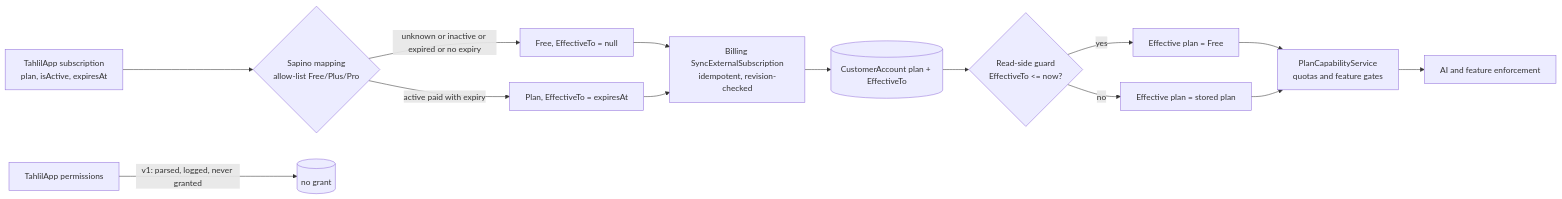
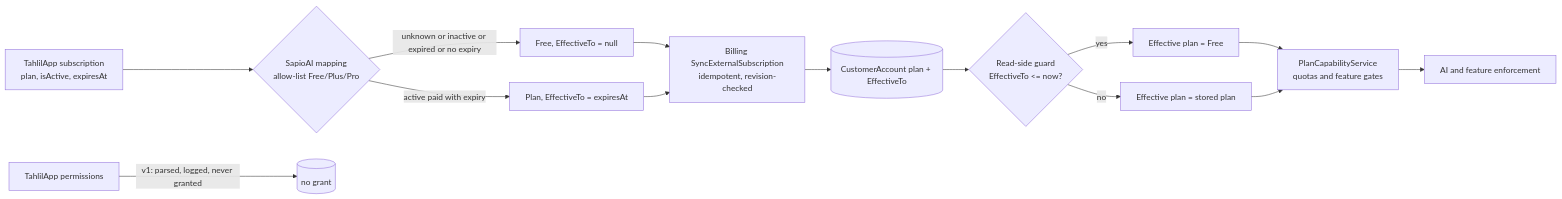
Before and after one commit to Rayan1392/financial-copilot: the sixth of 7 diagrams in specs/139-tahlilapp-session-exchange/Design.md, drawn with Mermaid. The commit also changed other lines of this file and 59 other files, not shown here.

````diff
--- a/specs/139-tahlilapp-session-exchange/Design.md
+++ b/specs/139-tahlilapp-session-exchange/Design.md
@@ -825,16 +825,16 @@
 ```mermaid
 flowchart LR
-    TA[TahlilApp subscription<br/>plan, isActive, expiresAt] --> MAP{Sapino mapping<br/>allow-list Free/Plus/Pro}
+    TA[TahlilApp subscription<br/>plan, isActive, expiresAt] --> MAP{SapioAI mapping<br/>allow-list Free/Plus/Pro}
     MAP -->|unknown or inactive or expired or no expiry| FREE[Free, EffectiveTo = null]
     MAP -->|active paid with expiry| PAID[Plan, EffectiveTo = expiresAt]
     PERM[TahlilApp permissions] -->|v1: parsed, logged, never granted| X[(no grant)]
     FREE --> SYNC[Billing SyncExternalSubscription<br/>idempotent, revision-checked]
     PAID --> SYNC
     SYNC --> BILL[(CustomerAccount plan + EffectiveTo)]
     BILL --> GUARD{Read-side guard<br/>EffectiveTo <= now?}
     GUARD -->|yes| EFF1[Effective plan = Free]
     GUARD -->|no| EFF2[Effective plan = stored plan]
     EFF1 --> CAP[PlanCapabilityService<br/>quotas and feature gates]
     EFF2 --> CAP
     CAP --> AI[AI and feature enforcement]
 ```
````
